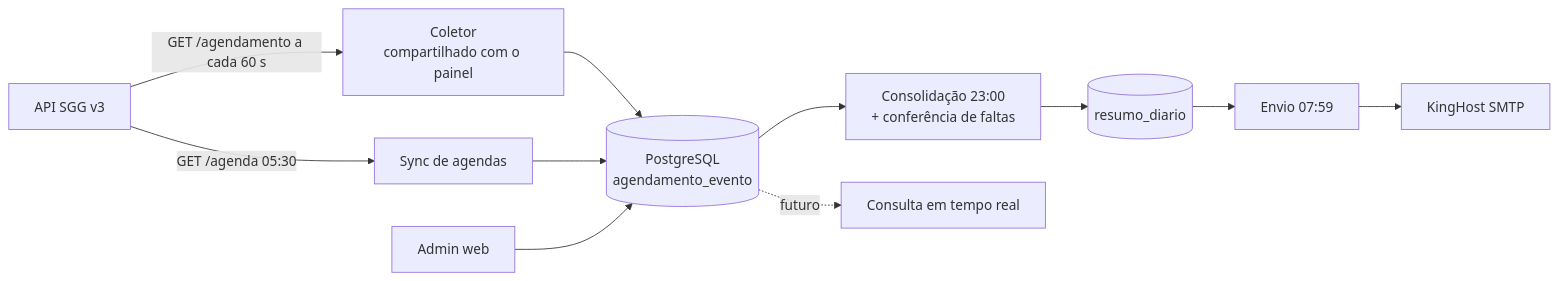
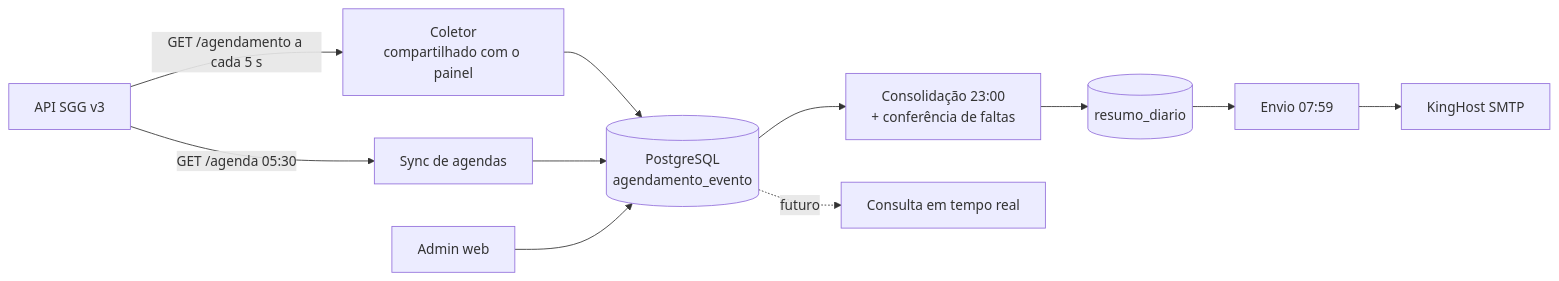
Before and after one commit to lucascarper/RelatorioAtendimentoMultilife: the diagram in README.md, drawn with Mermaid. The commit also changed other lines of this file and 23 other files, not shown here.

````diff
--- a/README.md
+++ b/README.md
@@ -17,13 +17,13 @@
 ```mermaid
 flowchart LR
-    SGG[API SGG v3] -->|GET /agendamento a cada 60 s| COL[Coletor<br/>compartilhado com o painel]
+    SGG[API SGG v3] -->|GET /agendamento a cada 5 s| COL[Coletor<br/>compartilhado com o painel]
     SGG -->|GET /agenda 05:30| SYNC[Sync de agendas]
     COL --> DB[(PostgreSQL<br/>agendamento_evento)]
     SYNC --> DB
     DB --> CONS[Consolidação 23:00<br/>+ conferência de faltas]
     CONS --> RES[(resumo_diario)]
     RES --> MAIL[Envio 07:59]
     MAIL --> SMTP[KingHost SMTP]
     ADM[Admin web] --> DB
     DB -.->|futuro| RT[Consulta em tempo real]
 ```
````
